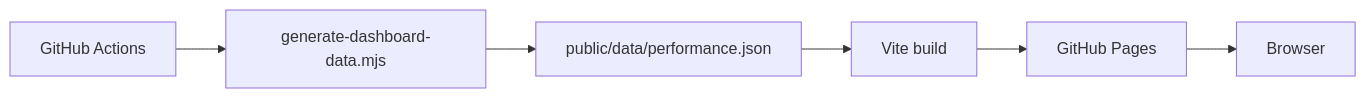
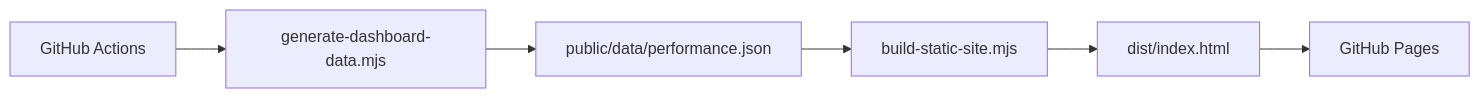
One commit to univcorp2-ctrl/crypto-auto-trade-sim changed the diagram in docs/architecture.md. Above: the diagram before and after it, drawn with Mermaid. The commit also changed other lines of this file, not shown here.

Commit message:
Switch Pages deploy to generated static site

````diff
--- a/docs/architecture.md
+++ b/docs/architecture.md
@@ -3,8 +3,8 @@
 ```mermaid
 flowchart LR
   A[GitHub Actions] --> B[generate-dashboard-data.mjs]
   B --> C[public/data/performance.json]
-  C --> D[Vite build]
-  D --> E[GitHub Pages]
-  E --> F[Browser]
+  C --> D[build-static-site.mjs]
+  D --> E[dist/index.html]
+  E --> F[GitHub Pages]
 ```
````
